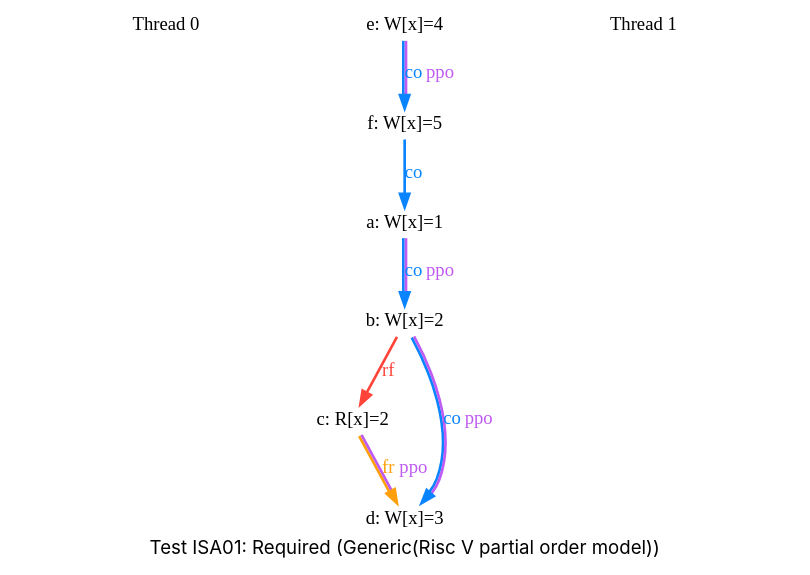
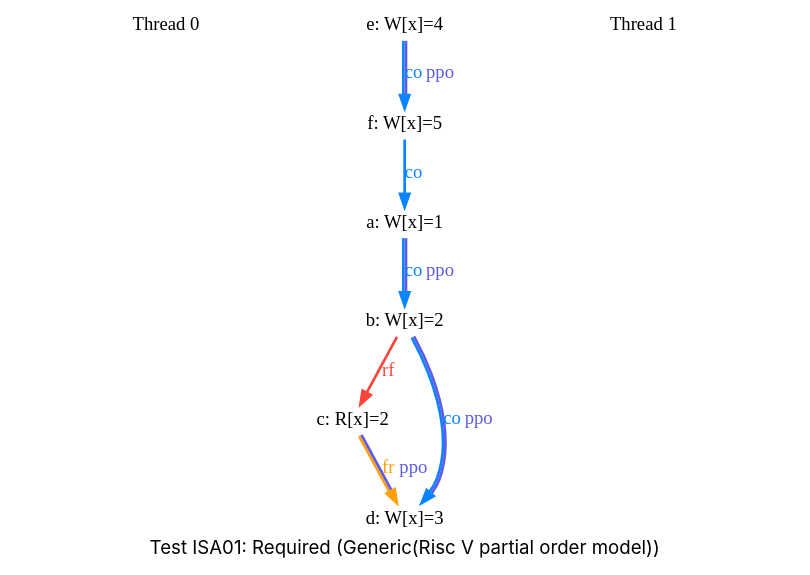
One commit to jiangshengdev/rcore changed the diagram in docs/example/_assets/images/dark/ISA01/graph_15.dot. Above: the diagram before and after it, drawn with Graphviz. The commit also changed 104 other files, not shown here.

```diff
--- a/docs/example/_assets/images/dark/ISA01/graph_15.dot
+++ b/docs/example/_assets/images/dark/ISA01/graph_15.dot
@@ -1,38 +1,38 @@
 digraph G {
 
 splines=spline;
 pad="0.000000";
 fontname="SF Pro Display";
 
 /* legend */
 fontsize=14;
 label="Test ISA01: Required (Generic(Risc V partial order model))";
 
 
 /* the unlocked events */
 proc0_label_node [shape=none, fontsize=14, label="Thread 0", pos="1.000000,4.050000!", fixedsize=true, width=3.250000, height=0.281250]
 eiid0 [label="a: W[x]=1", shape="none", fontsize=14, pos="1.000000,3.375000!", fixedsize="false", height="0.194444", width="1.166667"];
 eiid1 [label="b: W[x]=2", shape="none", fontsize=14, pos="1.000000,2.250000!", fixedsize="false", height="0.194444", width="1.166667"];
 eiid2 [label="c: R[x]=2", shape="none", fontsize=14, pos="1.000000,1.125000!", fixedsize="false", height="0.194444", width="1.166667"];
 eiid3 [label="d: W[x]=3", shape="none", fontsize=14, pos="1.000000,0.000000!", fixedsize="false", height="0.194444", width="1.166667"];
 proc1_label_node [shape=none, fontsize=14, label="Thread 1", pos="6.000000,4.050000!", fixedsize=true, width=3.250000, height=0.281250]
 eiid4 [label="e: W[x]=4", shape="none", fontsize=14, pos="6.000000,3.375000!", fixedsize="false", height="0.194444", width="1.166667"];
 eiid5 [label="f: W[x]=5", shape="none", fontsize=14, pos="6.000000,2.250000!", fixedsize="false", height="0.194444", width="1.166667"];
 
 /* the intra_causality_data edges */
 
 
 /* the intra_causality_control edges */
 
 /* the poi edges */
 /* the rfmap edges */
 
 
 /* The viewed-before edges */
-eiid0 -> eiid1 [label=<<font color="#0A84FF">co</font><font color="#BF5AF2">ppo</font>>, color="#0A84FF:#BF5AF2", fontsize=14, penwidth="2.000000", arrowsize="1.000000"];
+eiid0 -> eiid1 [label=<<font color="#0A84FF">co</font><font color="#5E5CE6">ppo</font>>, color="#0A84FF:#5E5CE6", fontsize=14, penwidth="2.000000", arrowsize="1.000000"];
 eiid1 -> eiid2 [label=<<font color="#FF453A">rf</font>>, color="#FF453A", fontsize=14, penwidth="2.000000", arrowsize="1.000000"];
-eiid1 -> eiid3 [label=<<font color="#0A84FF">co</font><font color="#BF5AF2">ppo</font>>, color="#0A84FF:#BF5AF2", fontsize=14, penwidth="2.000000", arrowsize="1.000000"];
-eiid2 -> eiid3 [label=<<font color="#FF9F0A">fr</font><font color="#BF5AF2">ppo</font>>, color="#FF9F0A:#BF5AF2", fontsize=14, penwidth="2.000000", arrowsize="1.000000"];
-eiid4 -> eiid5 [label=<<font color="#0A84FF">co</font><font color="#BF5AF2">ppo</font>>, color="#0A84FF:#BF5AF2", fontsize=14, penwidth="2.000000", arrowsize="1.000000"];
+eiid1 -> eiid3 [label=<<font color="#0A84FF">co</font><font color="#5E5CE6">ppo</font>>, color="#0A84FF:#5E5CE6", fontsize=14, penwidth="2.000000", arrowsize="1.000000"];
+eiid2 -> eiid3 [label=<<font color="#FF9F0A">fr</font><font color="#5E5CE6">ppo</font>>, color="#FF9F0A:#5E5CE6", fontsize=14, penwidth="2.000000", arrowsize="1.000000"];
+eiid4 -> eiid5 [label=<<font color="#0A84FF">co</font><font color="#5E5CE6">ppo</font>>, color="#0A84FF:#5E5CE6", fontsize=14, penwidth="2.000000", arrowsize="1.000000"];
 eiid5 -> eiid0 [label=<<font color="#0A84FF">co</font>>, color="#0A84FF", fontsize=14, penwidth="2.000000", arrowsize="1.000000"];
 }
```
